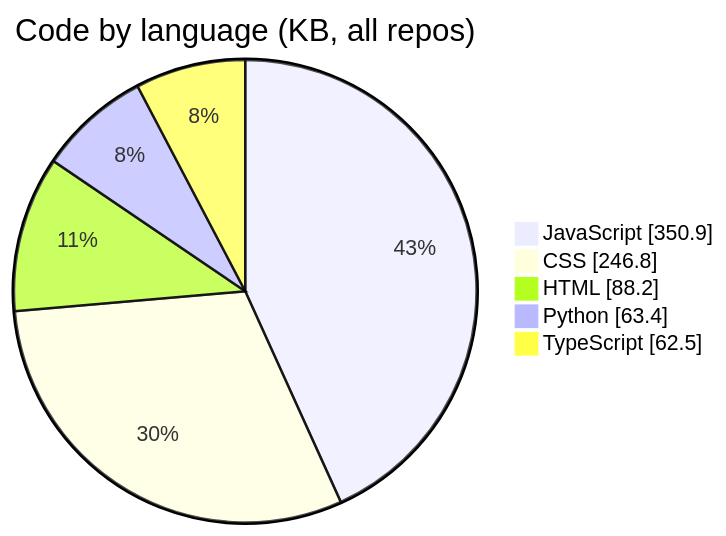
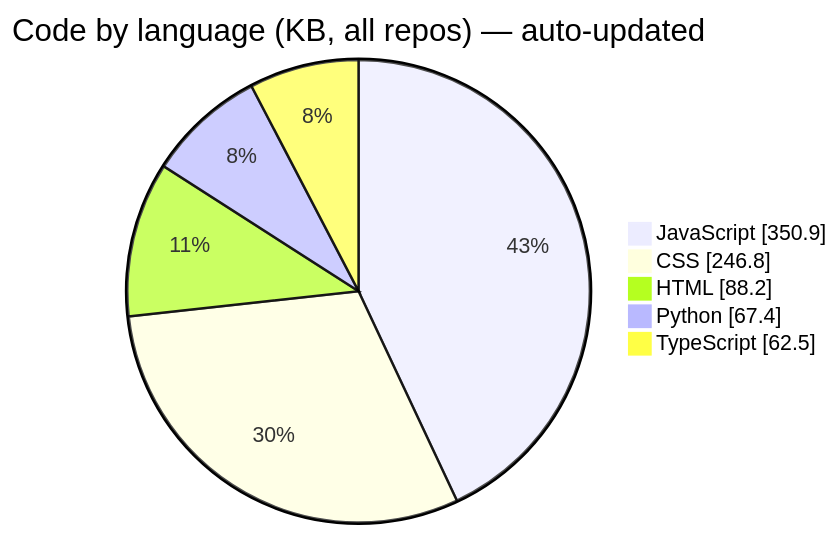
The third of 6 diagrams in README.md (Manashjyoti-Bora/Manashjyoti-Bora), drawn with Mermaid before and after one commit. The commit also changed other lines of this file and 19 other files, not shown here.

````diff
--- a/README.md
+++ b/README.md
@@ -197,9 +196,9 @@
 ```mermaid
 pie showData
-    title Code by language (KB, all repos)
+    title Code by language (KB, all repos) — auto-updated
     "JavaScript" : 350.9
     "CSS" : 246.8
     "HTML" : 88.2
-    "Python" : 63.4
+    "Python" : 67.4
     "TypeScript" : 62.5
 ```
````
